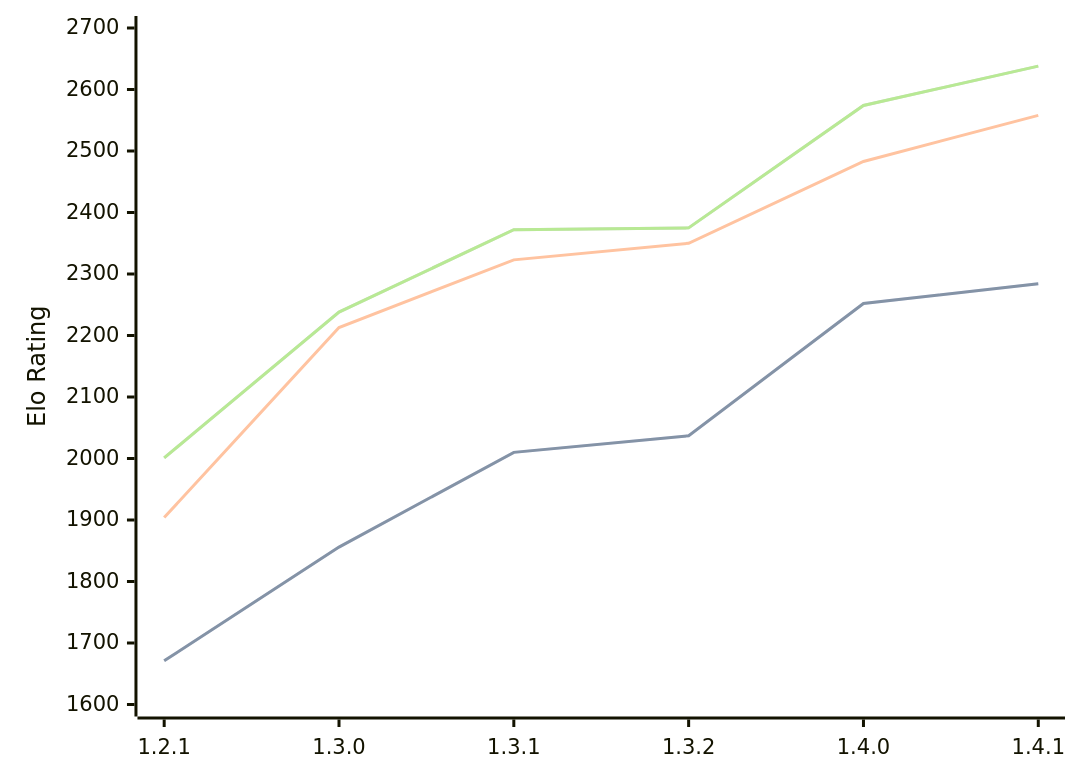
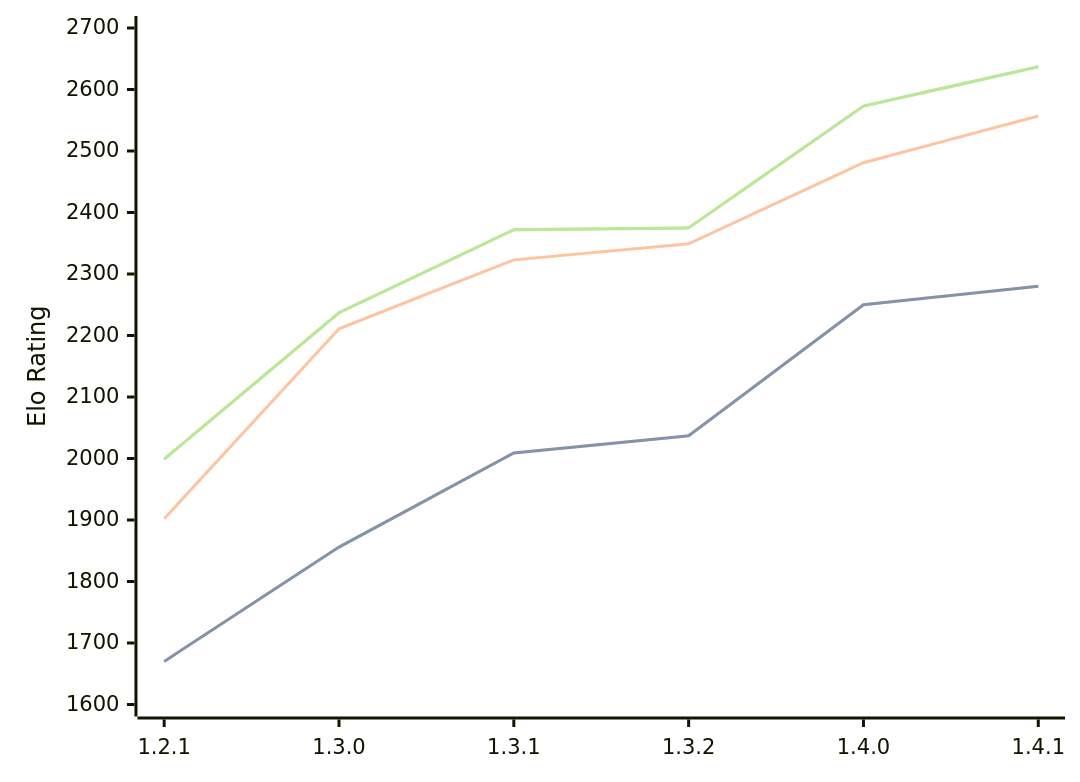
Before and after one commit to computer-chess-index/cci: the diagram in engines/Chal.md, drawn with Mermaid. The commit also changed other lines of this file, not shown here.

Commit message:
Update CCI Ratings (ELO VLTC) - 2026-08-04

````diff
--- a/engines/Chal.md
+++ b/engines/Chal.md
@@ -39,11 +39,11 @@
 ```mermaid
 %%{init: {"theme":"base","themeVariables":{"seriesColors:['#a3a3a3','#222221','#faa371']}}}%%
 xychart-beta
   x-axis ["1.2.1", "1.3.0", "1.3.1", "1.3.2", "1.4.0", "1.4.1"]
   y-axis "Elo Rating" 1600 --> 2700
-  line "STC (8.0+0.08s)" [1671, 1856, 2010, 2037, 2252, 2284]
-  line "STC (8.0+0.08s)" [1671, 1856, 2010, 2037, 2252, 2284]
-  line "LTC (60.0+0.60s)" [1904, 2213, 2323, 2350, 2483, 2558]
-  line "VLTC (2m24s+1.12s)" [2001, 2238, 2372, 2375, 2574, 2638]
-  line "VLTC (2m24s+1.12s)" [2001, 2238, 2372, 2375, 2574, 2638]
+  line "STC (8.0+0.08s)" [1670, 1856, 2009, 2037, 2250, 2280]
+  line "STC (8.0+0.08s)" [1670, 1856, 2009, 2037, 2250, 2280]
+  line "LTC (60.0+0.60s)" [1902, 2211, 2323, 2349, 2481, 2557]
+  line "VLTC (2m24s+1.12s)" [1999, 2237, 2372, 2375, 2573, 2637]
+  line "VLTC (2m24s+1.12s)" [1999, 2237, 2372, 2375, 2573, 2637]
 ```
````
